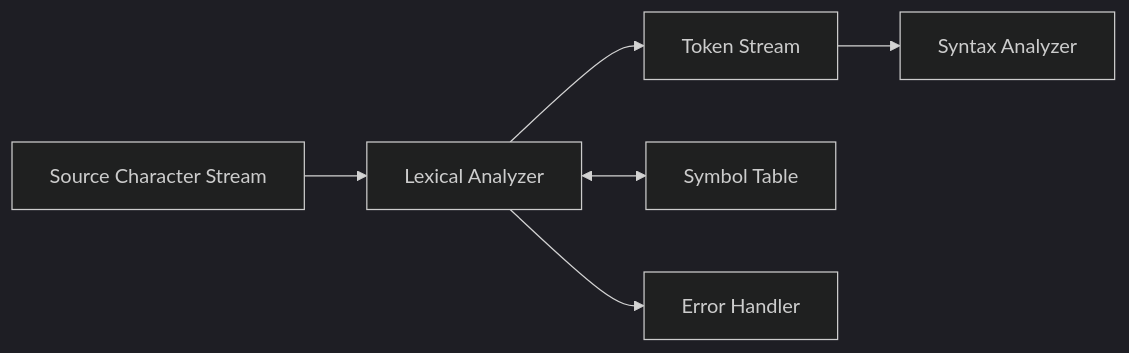
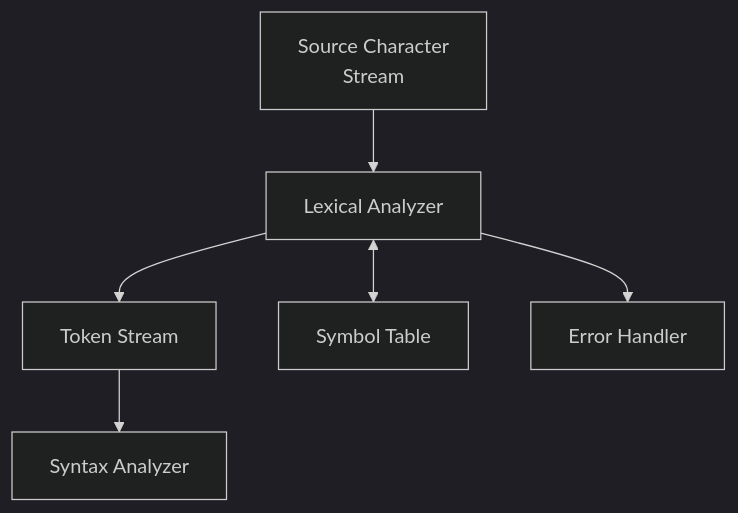
One commit to amitdevx/TY changed the diagram in 02-Semester-VI/CS-354-MJ-T-Compiler-Construction/Unit-3.md. Above: the diagram before and after it, drawn with Mermaid (dark theme). The commit also changed 65 other files, not shown here.

Commit message:
fix:graph vertical

````diff
--- a/02-Semester-VI/CS-354-MJ-T-Compiler-Construction/Unit-3.md
+++ b/02-Semester-VI/CS-354-MJ-T-Compiler-Construction/Unit-3.md
@@ -44,9 +44,9 @@
 ```mermaid
-graph LR
-  SRC[Source Character Stream] --> LA[Lexical Analyzer]
+graph TD
+  SRC[Source Character<br/>Stream] --> LA[Lexical Analyzer]
   LA --> TOK[Token Stream]
   TOK --> SA[Syntax Analyzer]
   
   LA <--> ST[Symbol Table]
   LA --> EH[Error Handler]
 ```
````
